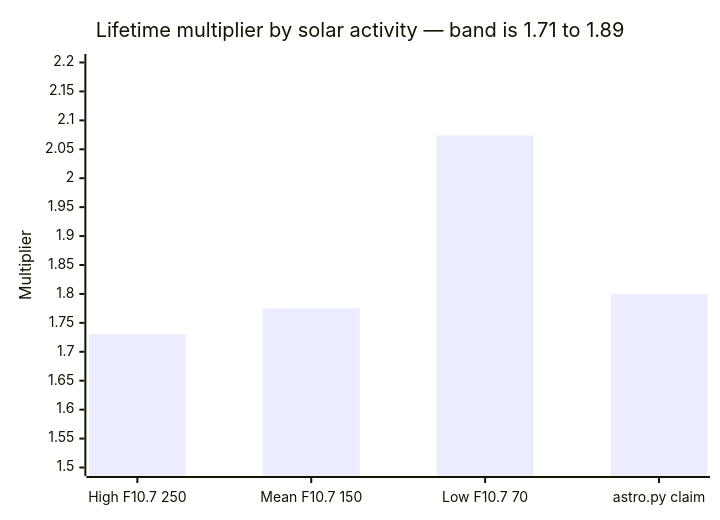
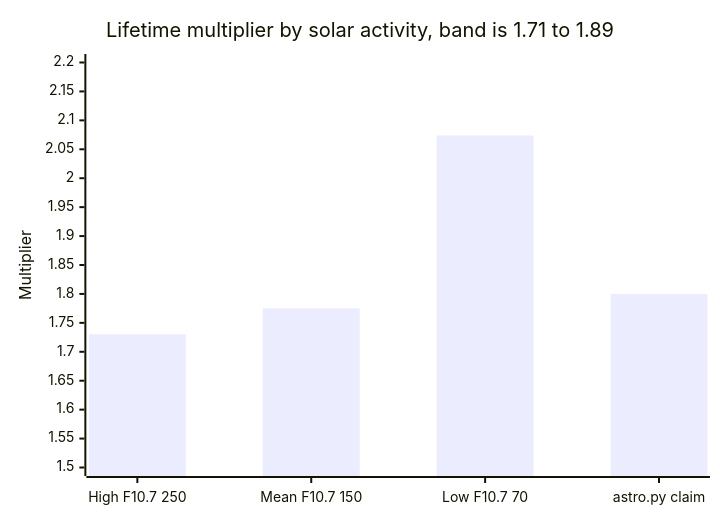
One commit to aaaaaaaaaaaavm/EMOCD changed the tenth of 11 diagrams in RESULTS.md. Above: the diagram before and after it, drawn with Mermaid. The commit also changed other lines of this file and 72 other files, not shown here.

````diff
--- a/RESULTS.md
+++ b/RESULTS.md
@@ -260,7 +260,7 @@
 ```mermaid
 xychart-beta
-    title "Lifetime multiplier by solar activity — band is 1.71 to 1.89"
+    title "Lifetime multiplier by solar activity, band is 1.71 to 1.89"
     x-axis ["High F10.7 250", "Mean F10.7 150", "Low F10.7 70", "astro.py claim"]
     y-axis "Multiplier" 1.5 --> 2.2
     bar [1.7302, 1.7750, 2.0739, 1.80]
 ```
````
